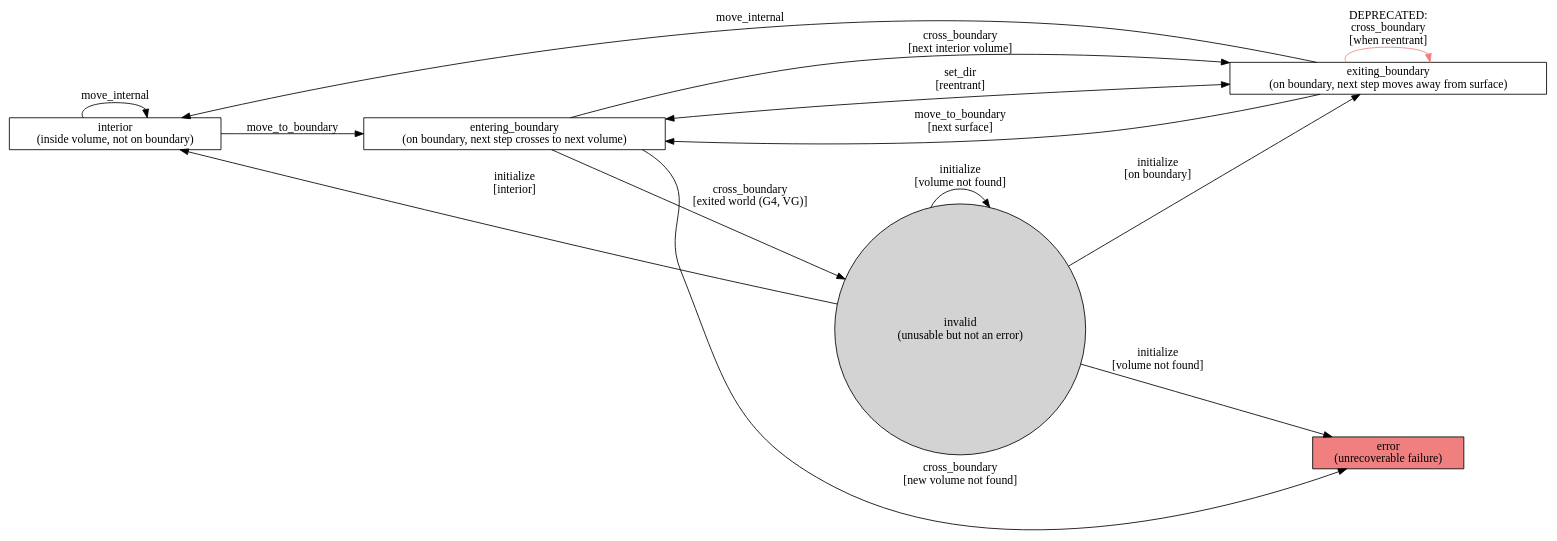
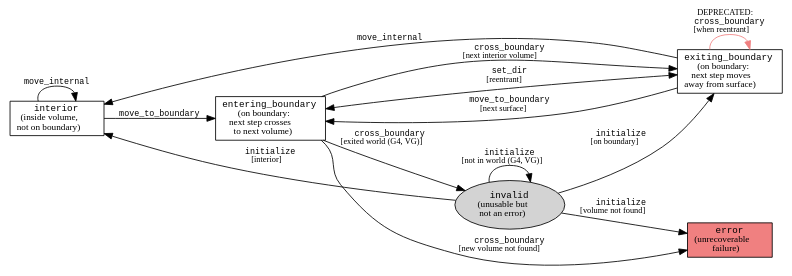
The diagram in doc/_input/geo-status.dot (celeritas-project/celeritas), drawn with Graphviz before and after one commit. The commit also changed 1 other file, not shown here.

```diff
--- a/doc/_input/geo-status.dot
+++ b/doc/_input/geo-status.dot
@@ -1,33 +1,34 @@
 digraph GeoStatus {
   graph [rankdir=LR];
-  node [shape=box];
+  node [fontsize=11 shape=box];
+  edge [fontsize=10];
 
   // States
-  "interior"            [label="interior\n(inside volume, not on boundary)"];
-  "exiting_boundary"    [label="exiting_boundary\n(on boundary, next step moves away from surface)"];
-  "entering_boundary"   [label="entering_boundary\n(on boundary, next step crosses to next volume)"];
-  "error"               [label="error\n(unrecoverable failure)", style=filled, fillcolor=lightcoral];
-  "invalid"             [label="invalid\n(unusable but not an error)", style=filled, shape=circle];
+  "interior"            [label=<<FONT FACE="Monospace">interior</FONT><BR/>(inside volume,<BR/>not on boundary)>];
+  "exiting_boundary"    [label=<<FONT FACE="Monospace">exiting_boundary</FONT><BR/>(on boundary:<BR/>next step moves<BR/>away from surface)>];
+  "entering_boundary"   [label=<<FONT FACE="Monospace">entering_boundary</FONT><BR/>(on boundary:<BR/>next step crosses<BR/>to next volume)>];
+  "error"               [label=<<FONT FACE="Monospace">error</FONT><BR/>(unrecoverable<BR/>failure)>, style=filled, fillcolor=lightcoral];
+  "invalid"             [label=<<FONT FACE="Monospace">invalid</FONT><BR/>(unusable but<BR/>not an error)>, style=filled, shape=oval];
 
   // From invalid: operator= places track in geometry
-  "invalid" -> "interior"  [label="initialize\n[interior]"];
-  "invalid" -> "exiting_boundary"  [label="initialize\n[on boundary]"];
-  "invalid" -> "error"             [label="initialize\n[volume not found]"];
-  "invalid" -> "invalid"           [label="initialize\n[volume not found]"];
+  "invalid" -> "interior"  [label=<<FONT FACE="Monospace">initialize</FONT><BR/>[interior]>];
+  "invalid" -> "exiting_boundary"  [label=<<FONT FACE="Monospace">initialize</FONT><BR/>[on boundary]>];
+  "invalid" -> "error"             [label=<<FONT FACE="Monospace">initialize</FONT><BR/>[volume not found]>];
+  "invalid" -> "invalid"           [label=<<FONT FACE="Monospace">initialize</FONT><BR/>[not in world (G4, VG)]>];
 
   // From interior: propagation
-  "interior" -> "entering_boundary"  [label="move_to_boundary"];
-  "interior" -> "interior"           [label="move_internal"];
+  "interior" -> "entering_boundary"  [label=<<FONT FACE="Monospace">move_to_boundary</FONT>>];
+  "interior" -> "interior"           [label=<<FONT FACE="Monospace">move_internal</FONT>>];
 
   // From exiting_boundary: normal tracking
-  "exiting_boundary" -> "interior"           [label="move_internal"];
-  "exiting_boundary" -> "entering_boundary"  [label="set_dir\n[reentrant]", dir="both"];
-  "exiting_boundary" -> "entering_boundary"  [label="move_to_boundary\n[next surface]"];
+  "exiting_boundary" -> "interior"           [label=<<FONT FACE="Monospace">move_internal</FONT>>];
+  "exiting_boundary" -> "entering_boundary"  [label=<<FONT FACE="Monospace">set_dir</FONT><BR/>[reentrant]>, dir="both"];
+  "exiting_boundary" -> "entering_boundary"  [label=<<FONT FACE="Monospace">move_to_boundary</FONT><BR/>[next surface]>];
   // DEPRECATED: should be handled by skipping geo crossing
- "exiting_boundary" -> "exiting_boundary"   [label="DEPRECATED:\ncross_boundary\n[when reentrant]", color=lightcoral];
+  "exiting_boundary" -> "exiting_boundary"   [label=<DEPRECATED:<BR/><FONT FACE="Monospace">cross_boundary</FONT><BR/>[when reentrant]>, color=lightcoral];
 
   // Crossing the surface
-  "entering_boundary" -> "exiting_boundary"  [label="cross_boundary\n[next interior volume]"];
-  "entering_boundary" -> "error"             [label="cross_boundary\n[new volume not found]"];
-  "entering_boundary" -> "invalid"           [label="cross_boundary\n[exited world (G4, VG)]"];
+  "entering_boundary" -> "exiting_boundary"  [label=<<FONT FACE="Monospace">cross_boundary</FONT><BR/>[next interior volume]>];
+  "entering_boundary" -> "error"             [label=<<FONT FACE="Monospace">cross_boundary</FONT><BR/>[new volume not found]>];
+  "entering_boundary" -> "invalid"           [label=<<FONT FACE="Monospace">cross_boundary</FONT><BR/>[exited world (G4, VG)]>];
 }
```
